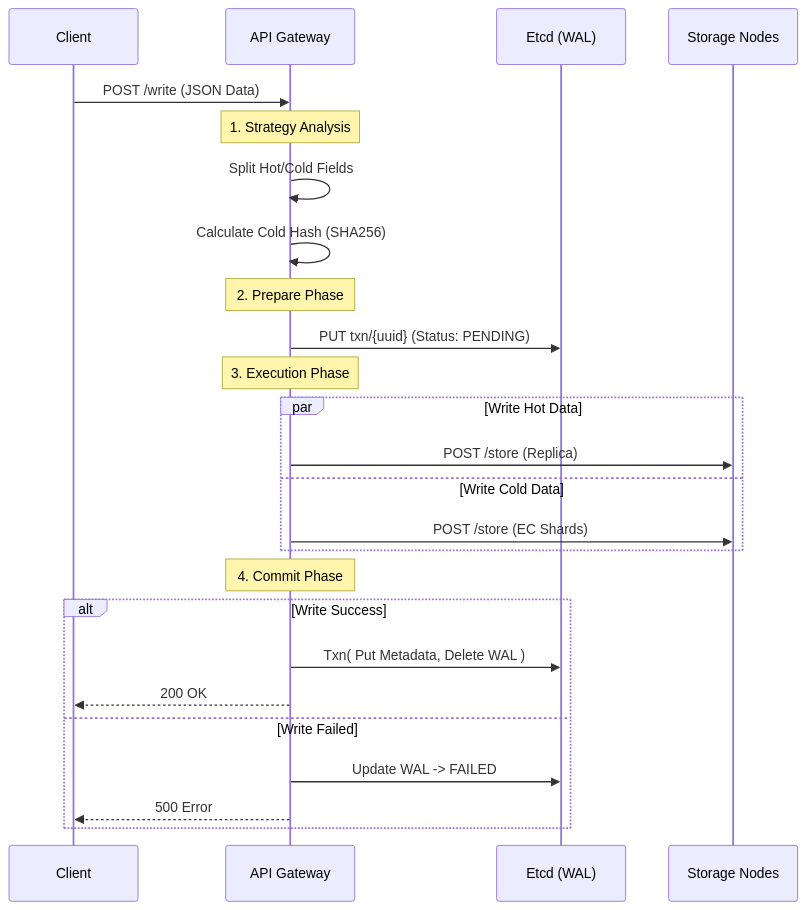
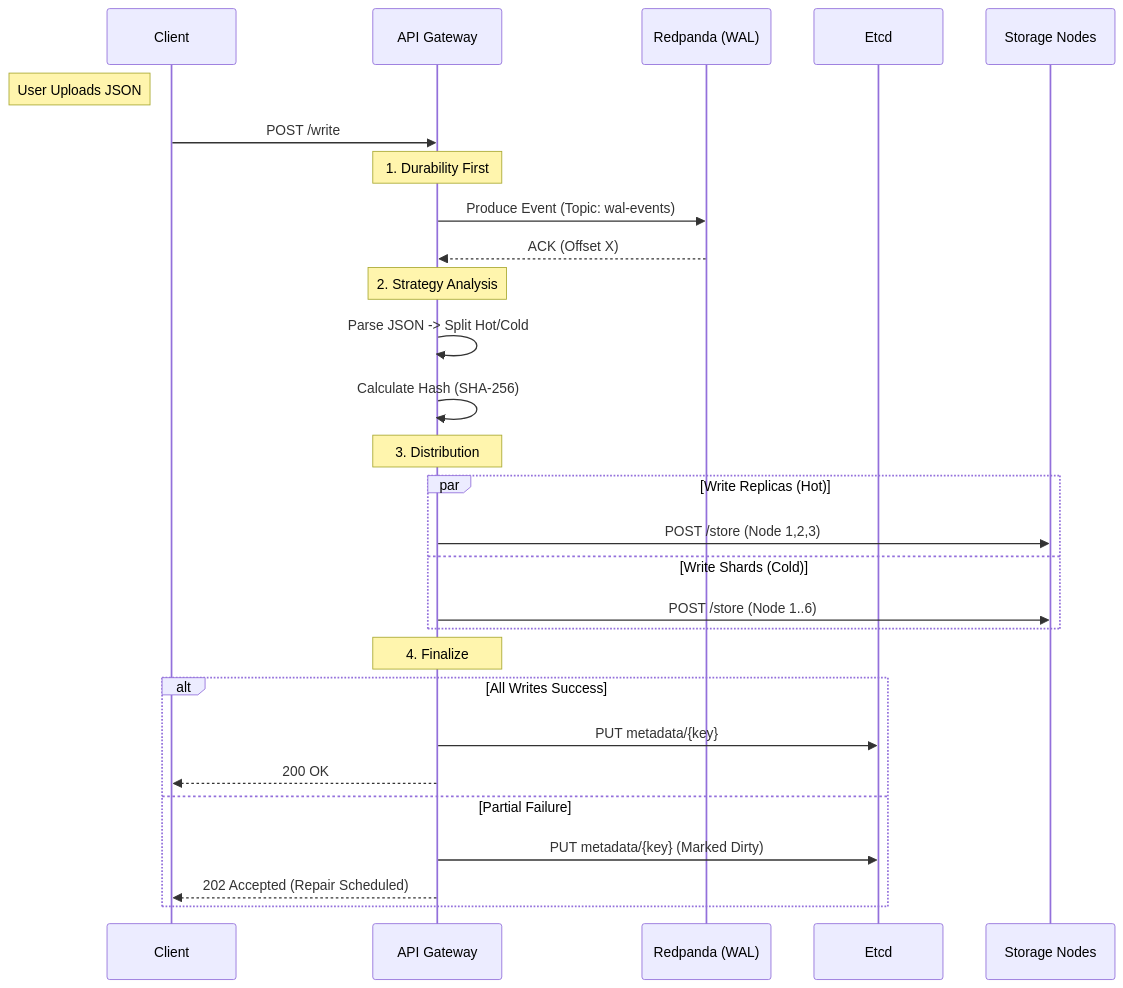
One commit to F64116045/Replication_ErasureCoding_Object_Store changed the first of 2 diagrams in docs/ARCHITECTURE.md. Above: the diagram before and after it, drawn with Mermaid. The commit also changed other lines of this file, not shown here.

````diff
--- a/docs/ARCHITECTURE.md
+++ b/docs/ARCHITECTURE.md
@@ -19,32 +61,36 @@
 ```mermaid
 sequenceDiagram
     participant C as Client
     participant API as API Gateway
-    participant Etcd as Etcd (WAL)
+    participant RP as Redpanda (WAL)
+    participant Etcd as Etcd
     participant SN as Storage Nodes
 
-    C->>API: POST /write (JSON Data)
+    Note left of C: User Uploads JSON
+    C->>API: POST /write
 
-    Note over API: 1. Strategy Analysis
-    API->>API: Split Hot/Cold Fields
-    API->>API: Calculate Cold Hash (SHA256)
+    Note over API: 1. Durability First
+    API->>RP: Produce Event (Topic: wal-events)
+    RP-->>API: ACK (Offset X)
 
-    Note over API: 2. Prepare Phase
-    API->>Etcd: PUT txn/{uuid} (Status: PENDING)
+    Note over API: 2. Strategy Analysis
+    API->>API: Parse JSON -> Split Hot/Cold
+    API->>API: Calculate Hash (SHA-256)
 
-    Note over API: 3. Execution Phase
-    par Write Hot Data
-        API->>SN: POST /store (Replica)
-    and Write Cold Data
-        API->>SN: POST /store (EC Shards)
+    Note over API: 3. Distribution
+    par Write Replicas (Hot)
+        API->>SN: POST /store (Node 1,2,3)
+    and Write Shards (Cold)
+        API->>SN: POST /store (Node 1..6)
     end
 
-    Note over API: 4. Commit Phase
-    alt Write Success
-        API->>Etcd: Txn( Put Metadata, Delete WAL )
+    Note over API: 4. Finalize
+    alt All Writes Success
+        API->>Etcd: PUT metadata/{key}
         API-->>C: 200 OK
-    else Write Failed
-        API->>Etcd: Update WAL -> FAILED
-        API-->>C: 500 Error
+    else Partial Failure
+        API->>Etcd: PUT metadata/{key} (Marked Dirty)
+        API-->>C: 202 Accepted (Repair Scheduled)
     end
+
 ```
````
